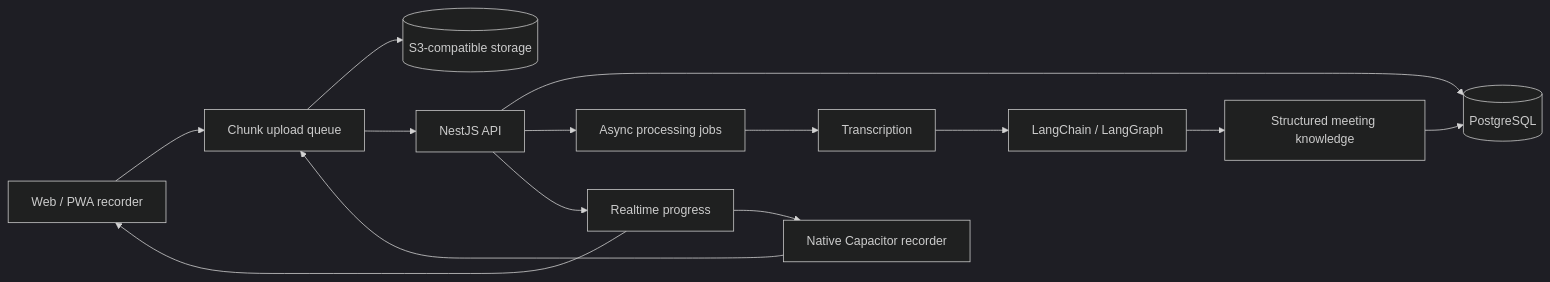
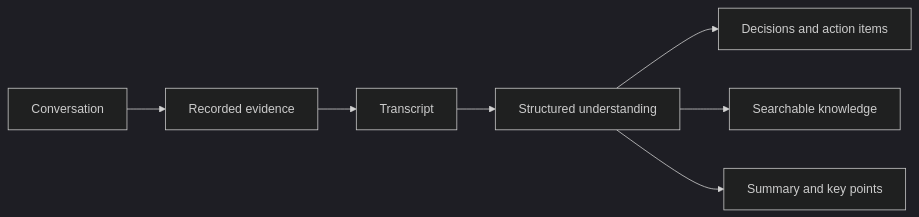
One commit to farismnrr/portofolio changed the first of 3 diagrams in frontend/content/projects/sensio-notes.md. Above: the diagram before and after it, drawn with Mermaid (dark theme). The commit also changed other lines of this file and 6 other files, not shown here.

````diff
--- a/frontend/content/projects/sensio-notes.md
+++ b/frontend/content/projects/sensio-notes.md
@@ -35,16 +64,9 @@
 ```mermaid
 flowchart LR
-    W[Web / PWA recorder] --> U[Chunk upload queue]
-    N[Native Capacitor recorder] --> U
-    U --> S3[(S3-compatible storage)]
-    U --> API[NestJS API]
-    API --> DB[(PostgreSQL)]
-    API --> Q[Async processing jobs]
-    Q --> T[Transcription]
-    T --> A[LangChain / LangGraph]
-    A --> K[Structured meeting knowledge]
-    K --> DB
-    API --> RT[Realtime progress]
-    RT --> W
-    RT --> N
+    A[Conversation] --> B[Recorded evidence]
+    B --> C[Transcript]
+    C --> D[Structured understanding]
+    D --> E[Decisions and action items]
+    D --> F[Searchable knowledge]
+    D --> G[Summary and key points]
 ```
````
